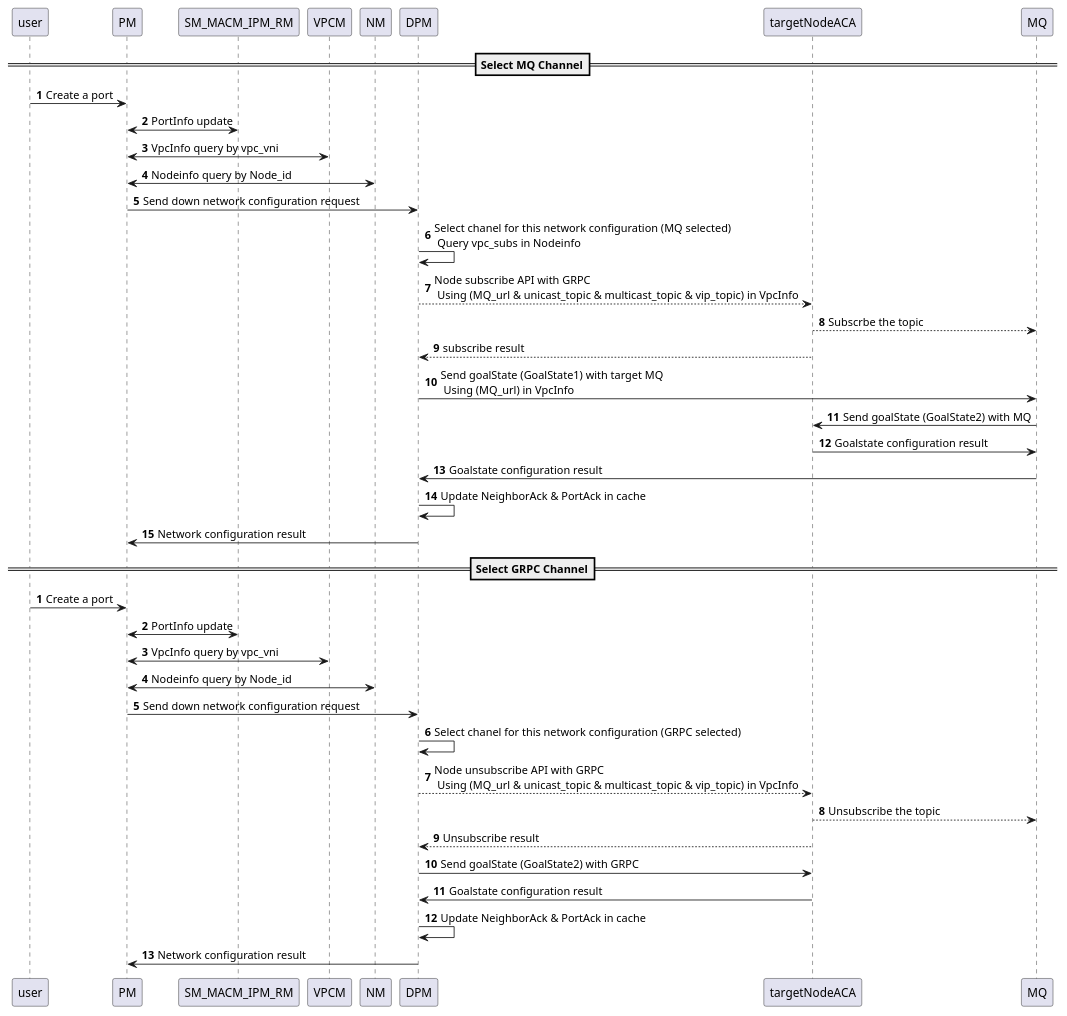
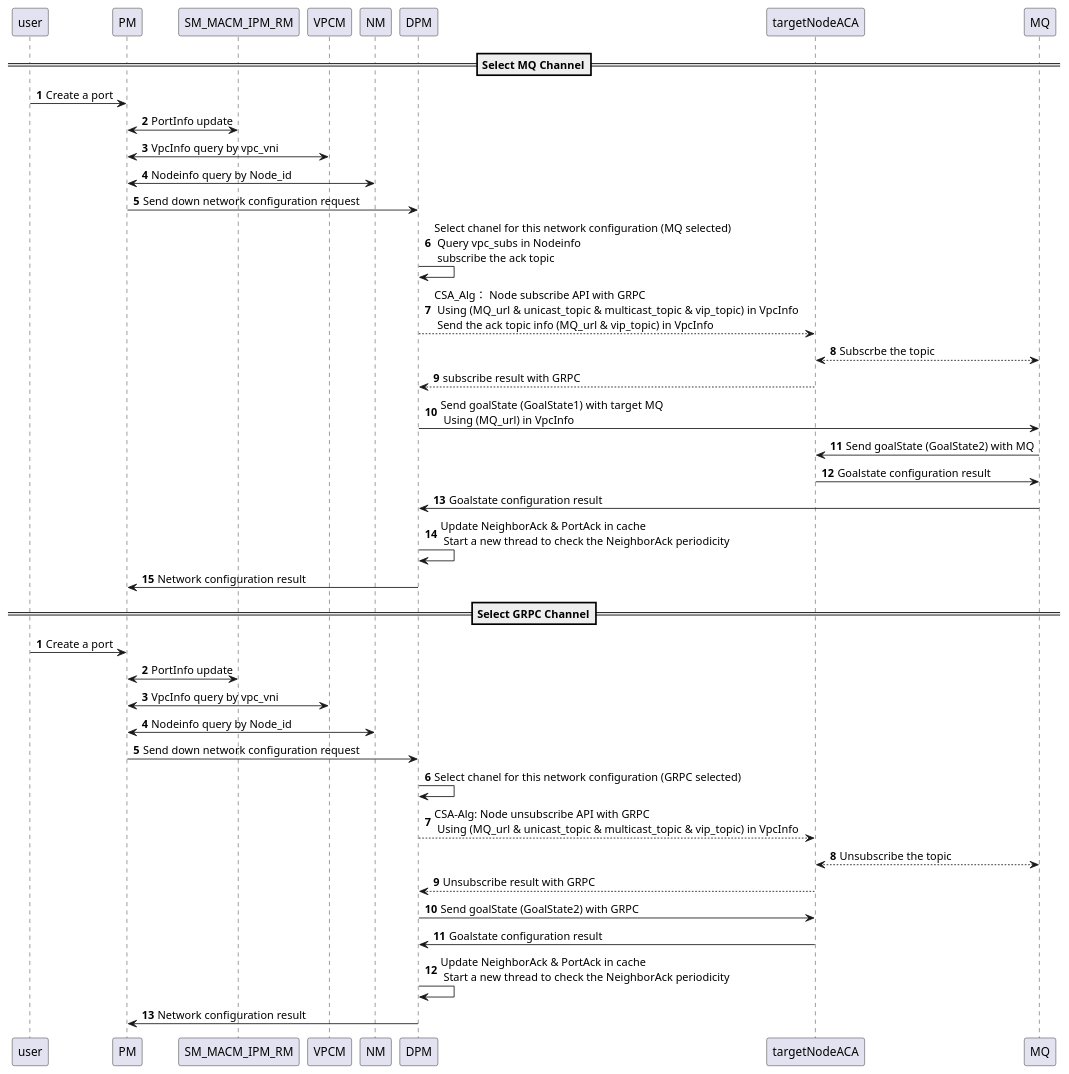
One commit to futurewei-cloud/alcor changed the diagram in docs/modules/ROOT/workflows/MQ_portcreate.puml. Above: the diagram before and after it, drawn with PlantUML. The commit also changed 7 other files, not shown here.

```diff
--- a/docs/modules/ROOT/workflows/MQ_portcreate.puml
+++ b/docs/modules/ROOT/workflows/MQ_portcreate.puml
@@ -1,51 +1,51 @@
 @startuml
 'https://plantuml.com/sequence-diagram
 
 
 == Select MQ Channel==
 autonumber
 
 user -> PM: Create a port
 PM <-> SM_MACM_IPM_RM: PortInfo update
 PM <-> VPCM: VpcInfo query by vpc_vni
 PM <-> NM: Nodeinfo query by Node_id
 PM -> DPM: Send down network configuration request
-DPM ->DPM: Select chanel for this network configuration (MQ selected)\n Query vpc_subs in Nodeinfo
+DPM ->DPM: Select chanel for this network configuration (MQ selected)\n Query vpc_subs in Nodeinfo \n subscribe the ack topic
 'DPM <-> VPCM: VPC info query
 'DPM <->NM: Query whether target node subscript vpc topic or not
-DPM --> targetNodeACA: Node subscribe API with GRPC\n Using (MQ_url & unicast_topic & multicast_topic & vip_topic) in VpcInfo
-targetNodeACA --> MQ: Subscrbe the topic
-targetNodeACA --> DPM: subscribe result
+DPM --> targetNodeACA: CSA_Alg： Node subscribe API with GRPC\n Using (MQ_url & unicast_topic & multicast_topic & vip_topic) in VpcInfo \n Send the ack topic info (MQ_url & vip_topic) in VpcInfo
+targetNodeACA <--> MQ: Subscrbe the topic
+targetNodeACA --> DPM: subscribe result with GRPC
 'DPM -> NM: Node subscription info update
 DPM -> MQ: Send goalState (GoalState1) with target MQ\n Using (MQ_url) in VpcInfo
 MQ -> targetNodeACA: Send goalState (GoalState2) with MQ
 targetNodeACA -> MQ: Goalstate configuration result
 MQ -> DPM: Goalstate configuration result
-DPM -> DPM: Update NeighborAck & PortAck in cache
+DPM -> DPM: Update NeighborAck & PortAck in cache \n Start a new thread to check the NeighborAck periodicity
 DPM -> PM: Network configuration result
 
 
 
 == Select GRPC Channel==
 autonumber
 
 user -> PM: Create a port
 PM <-> SM_MACM_IPM_RM: PortInfo update
 PM <-> VPCM: VpcInfo query by vpc_vni
 PM <-> NM: Nodeinfo query by Node_id
 PM -> DPM: Send down network configuration request
 DPM ->DPM: Select chanel for this network configuration (GRPC selected)
 'DPM <-> VPCM: VPC info query
 'DPM <->NM: Query whether target node subscript vpc topic or not
-DPM --> targetNodeACA: Node unsubscribe API with GRPC\n Using (MQ_url & unicast_topic & multicast_topic & vip_topic) in VpcInfo
-targetNodeACA --> MQ: Unsubscribe the topic
-targetNodeACA --> DPM: Unsubscribe result
+DPM --> targetNodeACA: CSA-Alg: Node unsubscribe API with GRPC\n Using (MQ_url & unicast_topic & multicast_topic & vip_topic) in VpcInfo
+targetNodeACA <--> MQ: Unsubscribe the topic
+targetNodeACA --> DPM: Unsubscribe result with GRPC
 'DPM -> NM: Node subscription info update
 DPM -> targetNodeACA: Send goalState (GoalState2) with GRPC
 targetNodeACA -> DPM: Goalstate configuration result
-DPM -> DPM: Update NeighborAck & PortAck in cache
+DPM -> DPM: Update NeighborAck & PortAck in cache \n Start a new thread to check the NeighborAck periodicity
 DPM -> PM: Network configuration result
 
 
 
 @enduml
```
